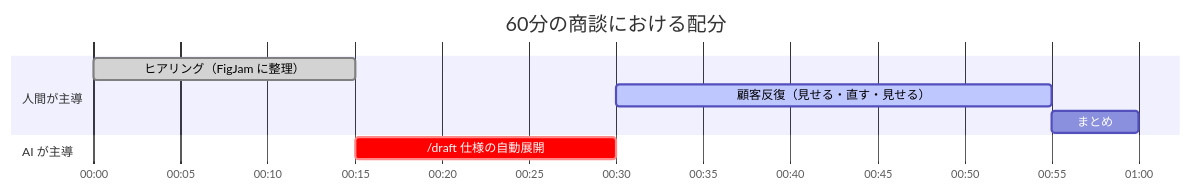
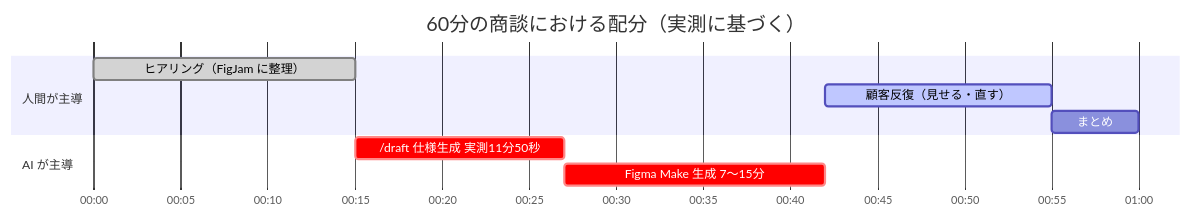
The second of 5 diagrams in WORKFLOW.md (daichi-kubokawa/prototyping-agents), drawn with Mermaid before and after one commit. The commit also changed other lines of this file and 10 other files, not shown here.

````diff
--- a/WORKFLOW.md
+++ b/WORKFLOW.md
@@ -162,14 +116,15 @@
 ```mermaid
 gantt
     dateFormat HH:mm
     axisFormat %H:%M
-    title 60分の商談における配分
+    title 60分の商談における配分（実測に基づく）
 
     section 人間が主導
-    ヒアリング（FigJam に整理）      :done, h1, 00:00, 15m
-    顧客反復（見せる・直す・見せる）   :active, h2, 00:30, 25m
-    まとめ                          :h3, 00:55, 5m
+    ヒアリング（FigJam に整理）  :done, h1, 00:00, 15m
+    顧客反復（見せる・直す）      :active, h2, 00:42, 13m
+    まとめ                      :h3, 00:55, 5m
 
     section AI が主導
-    /draft 仕様の自動展開            :crit, a1, 00:15, 15m
+    /draft 仕様生成 実測11分50秒  :crit, a1, 00:15, 12m
+    Figma Make 生成 7〜15分       :crit, a2, 00:27, 15m
 ```
````
